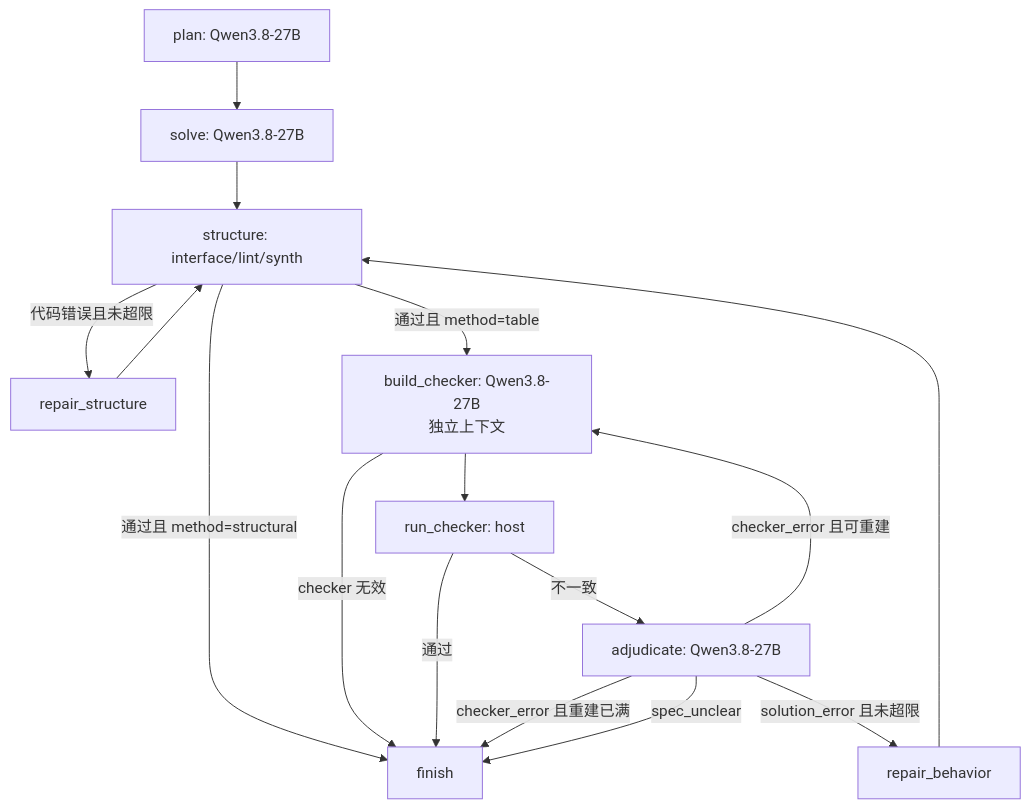
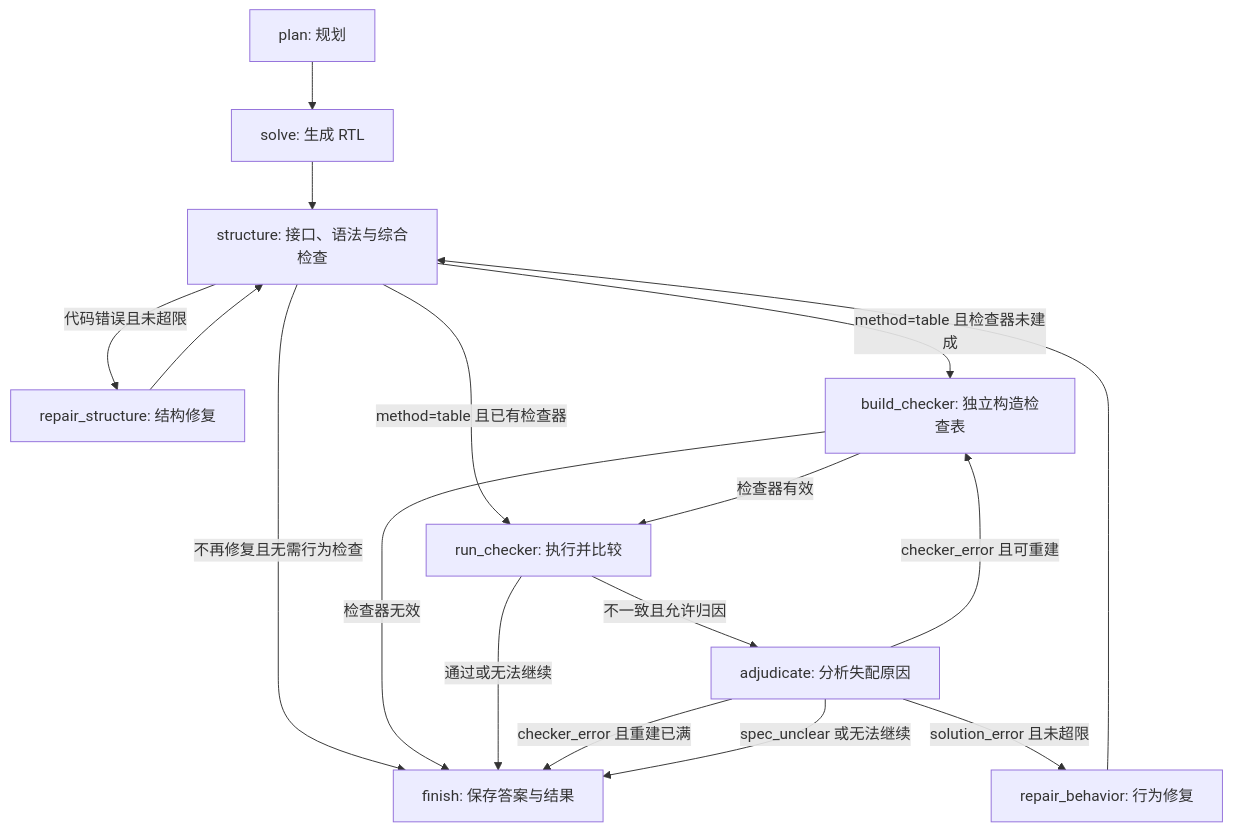
One commit to gugugu531/43240_rtlagent changed the diagram in docs/guided-verify.md. Above: the diagram before and after it, drawn with Mermaid. The commit also changed other lines of this file and 13 other files, not shown here.

````diff
--- a/docs/guided-verify.md
+++ b/docs/guided-verify.md
@@ -17,18 +21,19 @@
 ```mermaid
 flowchart TD
-    P[plan: Qwen3.8-27B] --> S[solve: Qwen3.8-27B]
-    S --> C[structure: interface/lint/synth]
-    C -->|代码错误且未超限| R1[repair_structure]
+    P[plan: 规划] --> S[solve: 生成 RTL]
+    S --> C[structure: 接口、语法与综合检查]
+    C -->|代码错误且未超限| R1[repair_structure: 结构修复]
     R1 --> C
-    C -->|通过且 method=table| B[build_checker: Qwen3.8-27B<br/>独立上下文]
-    C -->|通过且 method=structural| F[finish]
-    B -->|checker 无效| F
-    B --> X[run_checker: host]
-    X -->|通过| F
-    X -->|不一致| A[adjudicate: Qwen3.8-27B]
-    A -->|solution_error 且未超限| R2[repair_behavior]
+    C -->|method=table 且检查器未建成| B[build_checker: 独立构造检查表]
+    C -->|method=table 且已有检查器| X[run_checker: 执行并比较]
+    C -->|不再修复且无需行为检查| F[finish: 保存答案与结果]
+    B -->|检查器无效| F
+    B -->|检查器有效| X
+    X -->|通过或无法继续| F
+    X -->|不一致且允许归因| A[adjudicate: 分析失配原因]
+    A -->|solution_error 且未超限| R2[repair_behavior: 行为修复]
     R2 --> C
     A -->|checker_error 且可重建| B
     A -->|checker_error 且重建已满| F
-    A -->|spec_unclear| F
+    A -->|spec_unclear 或无法继续| F
 ```
````
